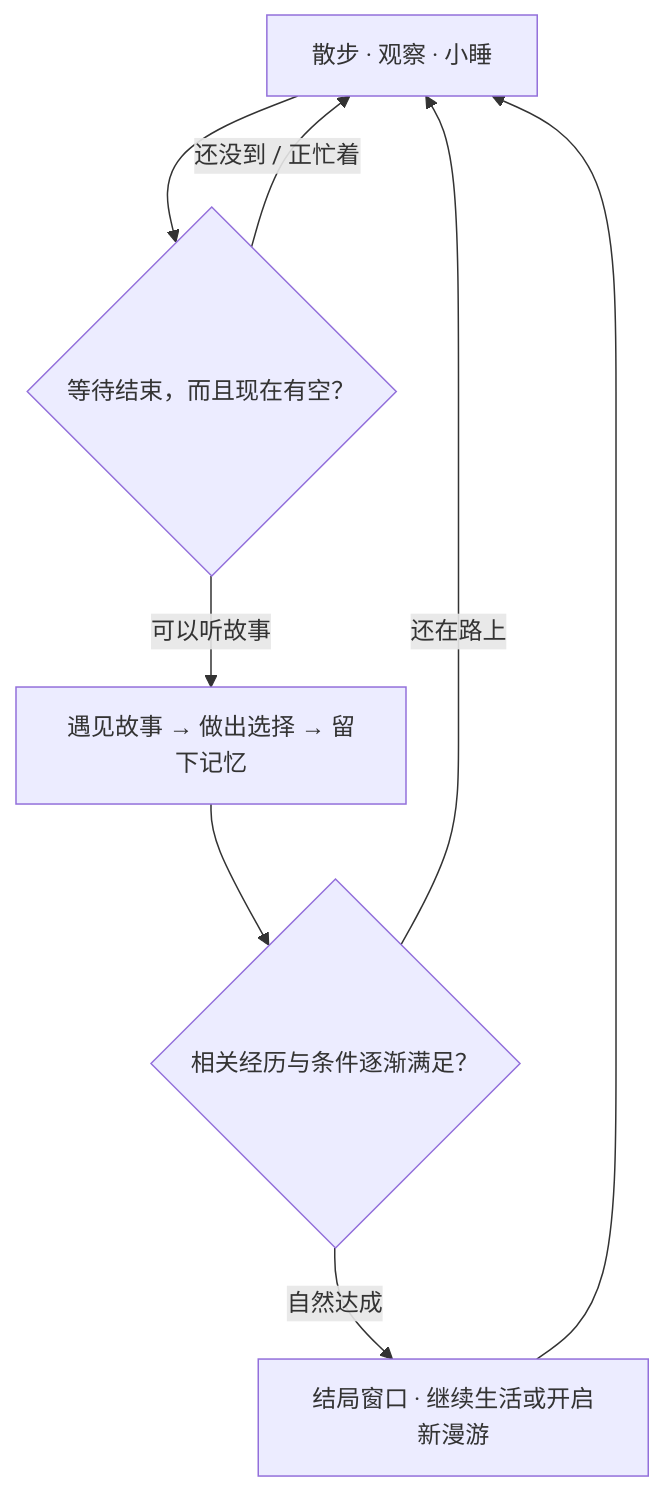
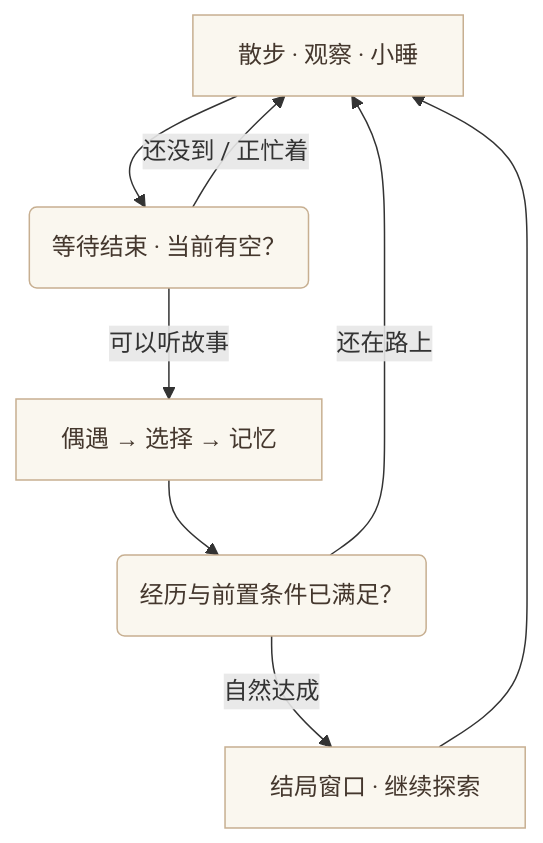
One commit to yuzhang-zhong/banban-desktop-releases changed the diagram in README.md. Above: the diagram before and after it, drawn with Mermaid.

Commit message:
Compact story diagram and match Banban colors

````diff
--- a/README.md
+++ b/README.md
@@ -87,10 +87,12 @@
 ```mermaid
 flowchart TD
-    A["散步 · 观察 · 小睡"] --> B{"等待结束，而且现在有空？"}
+    A["散步 · 观察 · 小睡"] --> B("等待结束 · 当前有空？")
     B -- "还没到 / 正忙着" --> A
-    B -- "可以听故事" --> C["遇见故事 → 做出选择 → 留下记忆"]
-    C --> D{"相关经历与条件逐渐满足？"}
+    B -- "可以听故事" --> C["偶遇 → 选择 → 记忆"]
+    C --> D("经历与前置条件已满足？")
     D -- "还在路上" --> A
-    D -- "自然达成" --> E["结局窗口 · 继续生活或开启新漫游"]
+    D -- "自然达成" --> E["结局窗口 · 继续探索"]
     E --> A
+    classDef warm fill:#FAF7EF,stroke:#C7AF91,color:#44372D;
+    class A,B,C,D,E warm;
 ```
````
